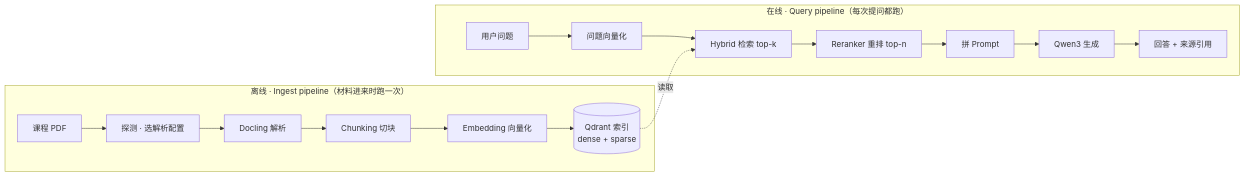
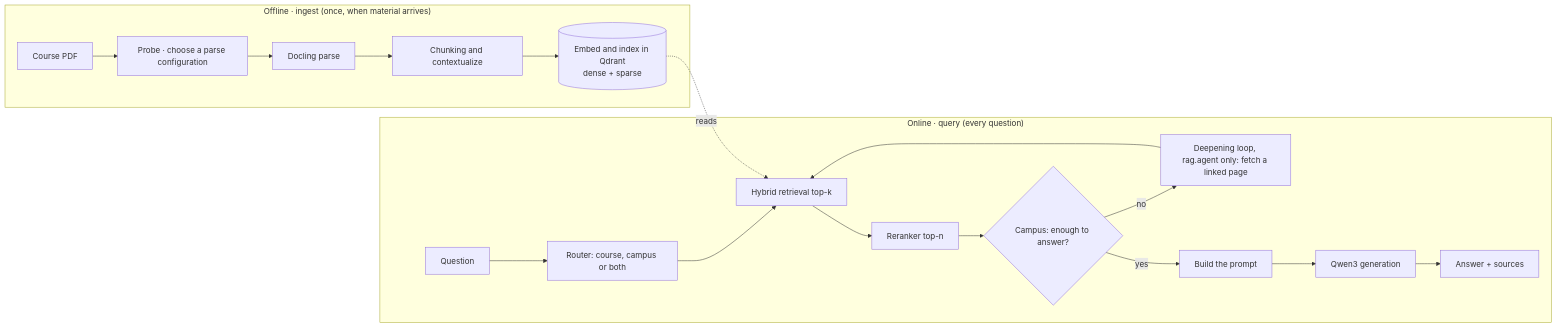
One commit to Zhengjunliang/multilingual-course-assistant changed the first of 3 diagrams in docs/docling-pipeline.md. Above: the diagram before and after it, drawn with Mermaid. The commit also changed other lines of this file and 2 other files, not shown here.

First line of the commit message:
docs: translate the pipeline notes and align them with the code

````diff
--- a/docs/docling-pipeline.md
+++ b/docs/docling-pipeline.md
@@ -11,19 +9,21 @@
 ```mermaid
 flowchart LR
-    subgraph Offline["离线 · Ingest pipeline（材料进来时跑一次）"]
-        A[课程 PDF] --> A0[探测 · 选解析配置]
-        A0 --> B[Docling 解析]
-        B --> C[Chunking 切块]
-        C --> D[Embedding 向量化]
-        D --> E[(Qdrant 索引<br/>dense + sparse)]
+    subgraph Offline["Offline · ingest (once, when material arrives)"]
+        A[Course PDF] --> A0[Probe · choose a parse configuration]
+        A0 --> B[Docling parse]
+        B --> C[Chunking and contextualize]
+        C --> E[(Embed and index in Qdrant<br/>dense + sparse)]
     end
-    subgraph Online["在线 · Query pipeline（每次提问都跑）"]
-        Q[用户问题] --> QE[问题向量化]
-        QE --> R[Hybrid 检索 top-k]
-        E -.读取.-> R
-        R --> RR[Reranker 重排 top-n]
-        RR --> P[拼 Prompt]
-        P --> L[Qwen3 生成]
-        L --> ANS[回答 + 来源引用]
+    subgraph Online["Online · query (every question)"]
+        Q[Question] --> RT[Router: course, campus or both]
+        RT --> R[Hybrid retrieval top-k]
+        E -.reads.-> R
+        R --> RR[Reranker top-n]
+        RR --> DL{Campus: enough to answer?}
+        DL -- no --> F[Deepening loop, rag.agent only: fetch a linked page]
+        F --> R
+        DL -- yes --> P[Build the prompt]
+        P --> L[Qwen3 generation]
+        L --> ANS[Answer + sources]
     end
 ```
````
